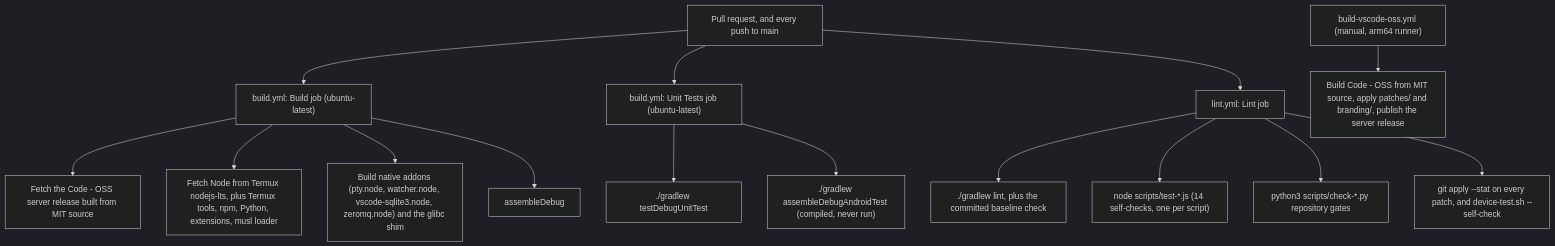
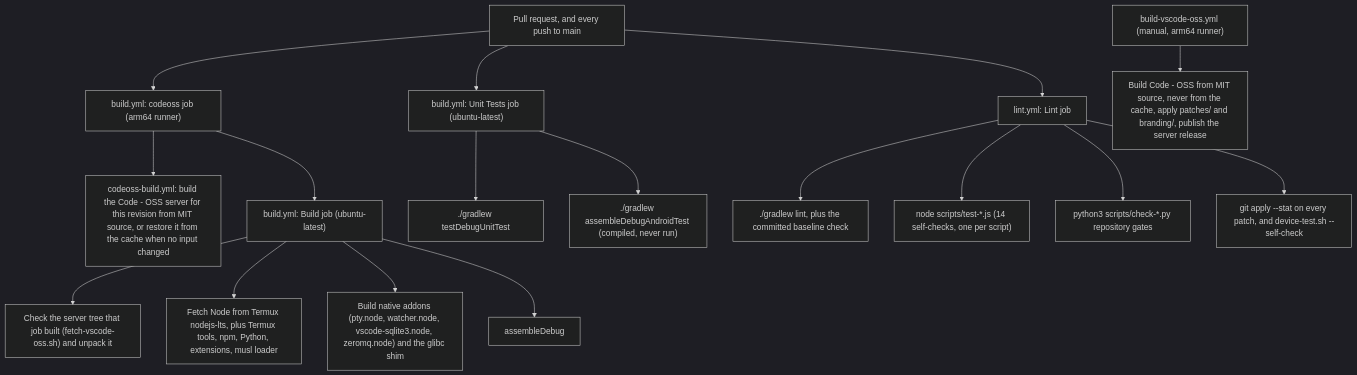
Before and after one commit to rmyndharis/VSCodroid: the second of 3 diagrams in docs/07-TESTING_STRATEGY.md, drawn with Mermaid (dark theme). The commit also changed 19 other files, not shown here.

````diff
--- a/docs/07-TESTING_STRATEGY.md
+++ b/docs/07-TESTING_STRATEGY.md
@@ -297,20 +297,22 @@
 ```mermaid
 flowchart TD
-  PR["Pull request, and every push to main"] --> BUILD["build.yml: Build job (ubuntu-latest)"]
-  BUILD --> B1["Fetch the Code - OSS server release built from MIT source"]
+  PR["Pull request, and every push to main"] --> CODEOSS["build.yml: codeoss job (arm64 runner)"]
+  CODEOSS --> C1["codeoss-build.yml: build the Code - OSS server for this revision from MIT source, or restore it from the cache when no input changed"]
+  CODEOSS --> BUILD["build.yml: Build job (ubuntu-latest)"]
+  BUILD --> B1["Check the server tree that job built (fetch-vscode-oss.sh) and unpack it"]
   BUILD --> B2["Fetch Node from Termux nodejs-lts, plus Termux tools, npm, Python, extensions, musl loader"]
   BUILD --> B3["Build native addons (pty.node, watcher.node, vscode-sqlite3.node, zeromq.node) and the glibc shim"]
   BUILD --> B4["assembleDebug"]
 
   PR --> TEST["build.yml: Unit Tests job (ubuntu-latest)"]
   TEST --> T1["./gradlew testDebugUnitTest"]
   TEST --> T2["./gradlew assembleDebugAndroidTest (compiled, never run)"]
 
   PR --> LINT["lint.yml: Lint job"]
   LINT --> L1["./gradlew lint, plus the committed baseline check"]
   LINT --> L2["node scripts/test-*.js (14 self-checks, one per script)"]
   LINT --> L3["python3 scripts/check-*.py repository gates"]
   LINT --> L4["git apply --stat on every patch, and device-test.sh --self-check"]
 
-  MAN["build-vscode-oss.yml (manual, arm64 runner)"] --> M1["Build Code - OSS from MIT source, apply patches/ and branding/, publish the server release"]
+  MAN["build-vscode-oss.yml (manual, arm64 runner)"] --> M1["Build Code - OSS from MIT source, never from the cache, apply patches/ and branding/, publish the server release"]
 ```
````
